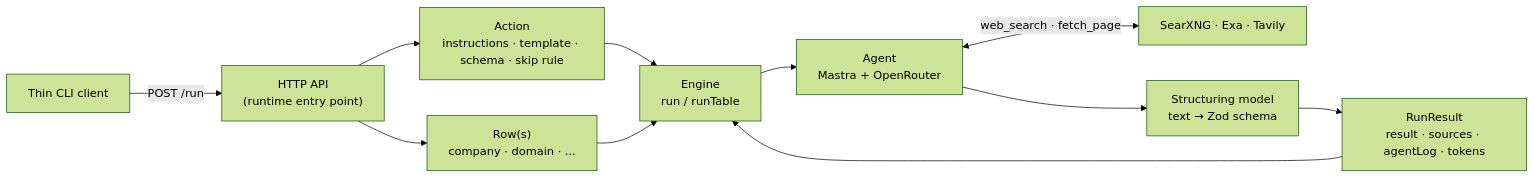
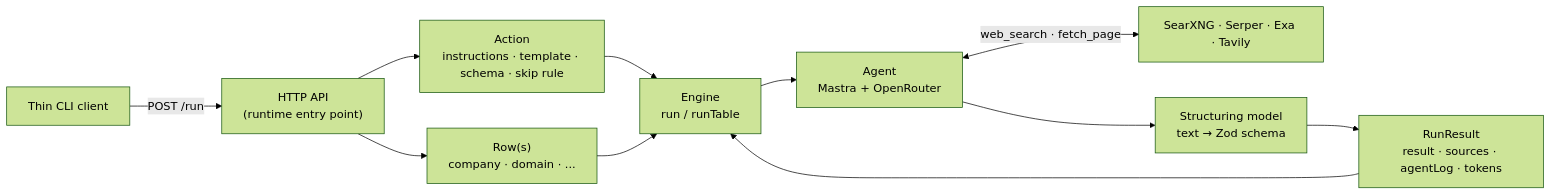
The first of 3 diagrams in docs/architecture.md (simonbalfe/openclaygent), drawn with Mermaid (forest theme) before and after one commit. The commit also changed other lines of this file and 23 other files, not shown here.

````diff
--- a/docs/architecture.md
+++ b/docs/architecture.md
@@ -11,13 +11,13 @@
 ```mermaid
 flowchart LR
   CLI["Thin CLI client"] -->|"POST /run"| API["HTTP API<br/>(runtime entry point)"]
   API --> ACT["Action<br/>instructions · template · schema · skip rule"]
   API --> ROWS["Row(s)<br/>company · domain · ..."]
   ACT --> ENG
   ROWS --> ENG
   ENG["Engine<br/>run / runTable"] --> AG["Agent<br/>Mastra + OpenRouter"]
-  AG <-->|"web_search · fetch_page"| EXA["SearXNG · Exa · Tavily"]
+  AG <-->|"web_search · fetch_page"| EXA["SearXNG · Serper · Exa · Tavily"]
   AG --> STR["Structuring model<br/>text → Zod schema"]
   STR --> RR["RunResult<br/>result · sources · agentLog · tokens"]
   RR --> ENG
 ```
````
